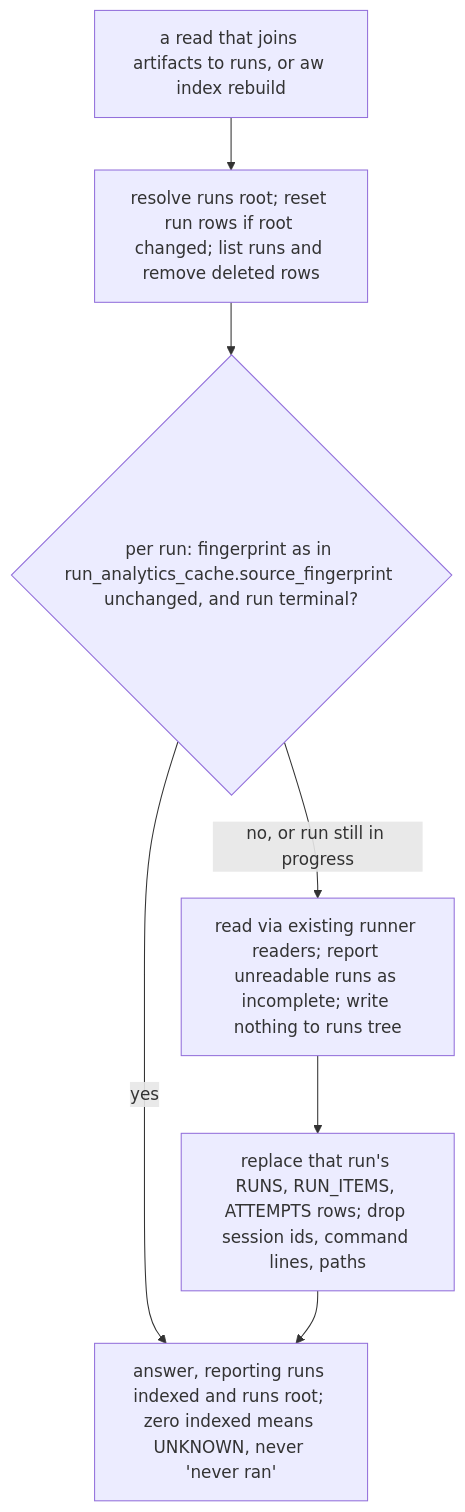
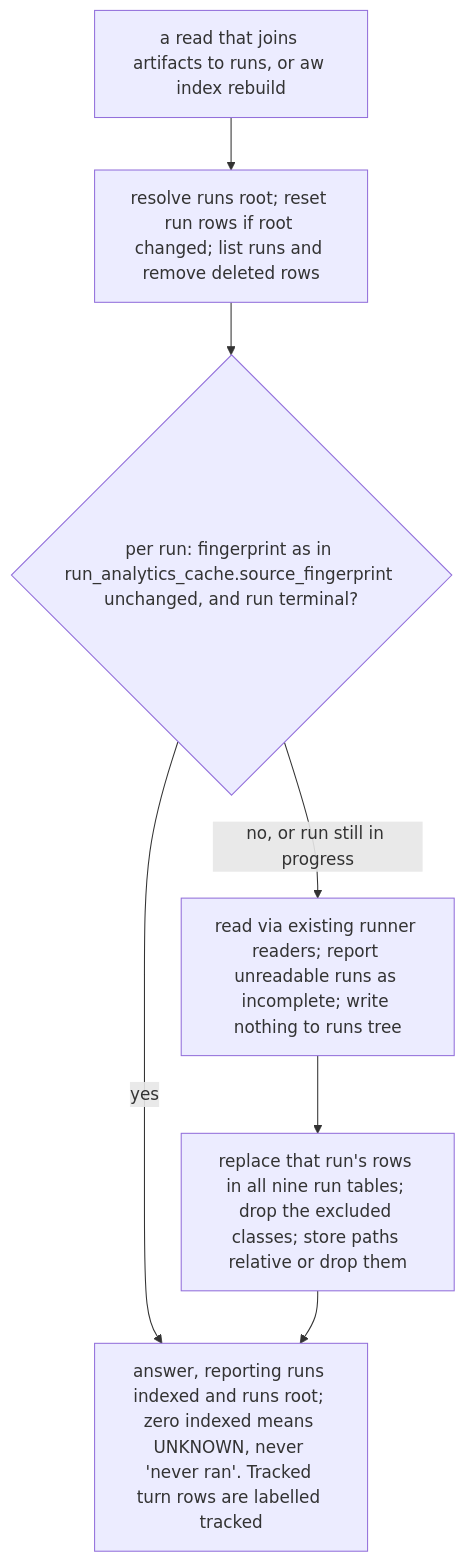
Diagram 12 of 12 in .aw/records/specs/reviewed/20260925-metastore-01-4sd62s-artifact-metadata-store.spec.md (fariello/agent-workflows), drawn with Mermaid before and after one commit. The commit also changed other lines of this file and 1 other file, not shown here.

````diff
--- a/.aw/records/specs/reviewed/20260925-metastore-01-4sd62s-artifact-metadata-store.spec.md
+++ b/.aw/records/specs/reviewed/20260925-metastore-01-4sd62s-artifact-metadata-store.spec.md
@@ -1968,9 +2194,9 @@
 ```mermaid
 flowchart TD
     A["a read that joins artifacts to runs, or aw index rebuild"] --> B["resolve runs root; reset run rows if root changed; list runs and remove deleted rows"]
     B --> C{"per run: fingerprint as in run_analytics_cache.source_fingerprint unchanged, and run terminal?"}
     C -- yes --> F
     C -- "no, or run still in progress" --> D["read via existing runner readers; report unreadable runs as incomplete; write nothing to runs tree"]
-    D --> E["replace that run's RUNS, RUN_ITEMS, ATTEMPTS rows; drop session ids, command lines, paths"]
-    E --> F["answer, reporting runs indexed and runs root; zero indexed means UNKNOWN, never 'never ran'"]
+    D --> E["replace that run's rows in all nine run tables; drop the excluded classes; store paths relative or drop them"]
+    E --> F["answer, reporting runs indexed and runs root; zero indexed means UNKNOWN, never 'never ran'. Tracked turn rows are labelled tracked"]
 ```
````
